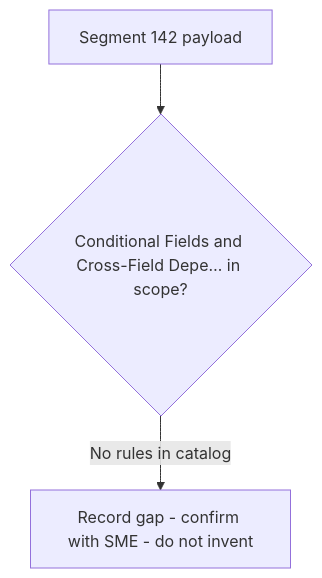
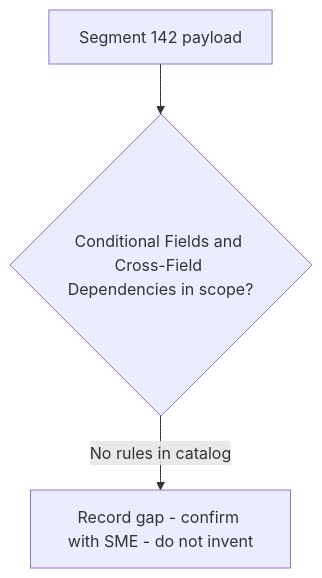
Before and after one commit to DhanSingh-hub/core-auth-ai-validation-framework: the diagram in regression-artifact-validator/specifications/ATL105/docs/specs/kb/segment-142/conditional-dependency-rules-flow.md, drawn with Mermaid. The commit also changed 150 other files, not shown here.

````diff
--- a/regression-artifact-validator/specifications/ATL105/docs/specs/kb/segment-142/conditional-dependency-rules-flow.md
+++ b/regression-artifact-validator/specifications/ATL105/docs/specs/kb/segment-142/conditional-dependency-rules-flow.md
@@ -3,5 +3,5 @@
 ```mermaid
 flowchart TD
-    A[Segment 142 payload] --> B{Conditional Fields and Cross-Field Depe… in scope?}
+    A[Segment 142 payload] --> B{Conditional Fields and Cross-Field Dependencies in scope?}
     B -->|No rules in catalog| G[Record gap - confirm with SME - do not invent]
 ```
````
